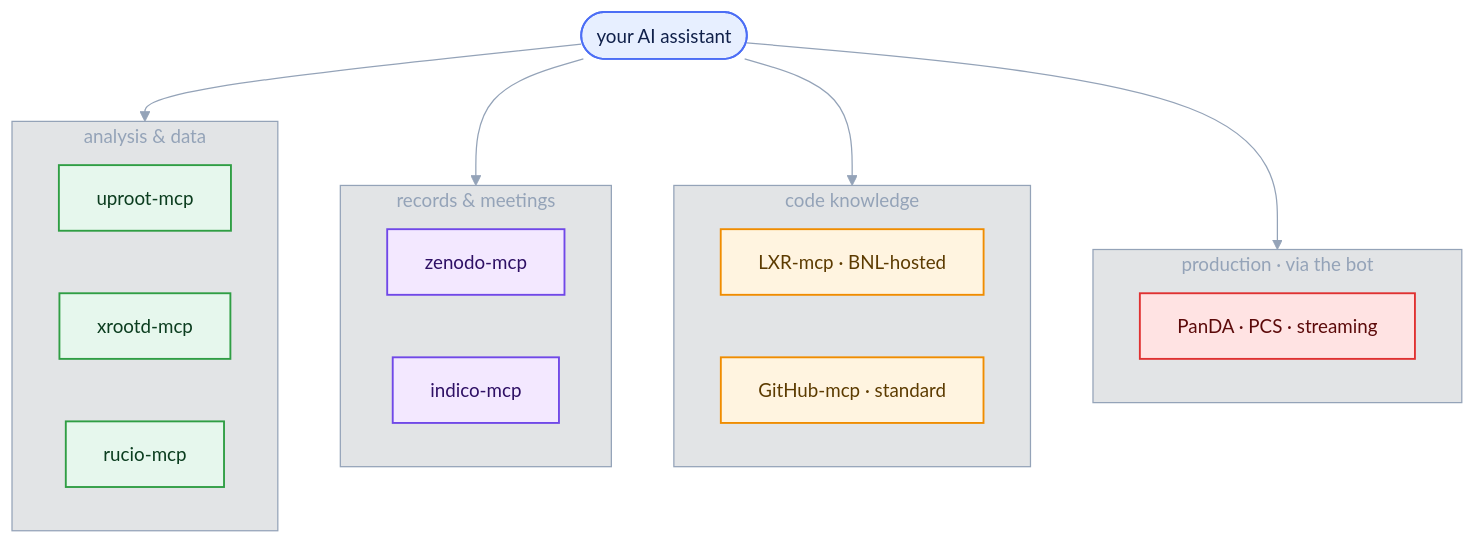
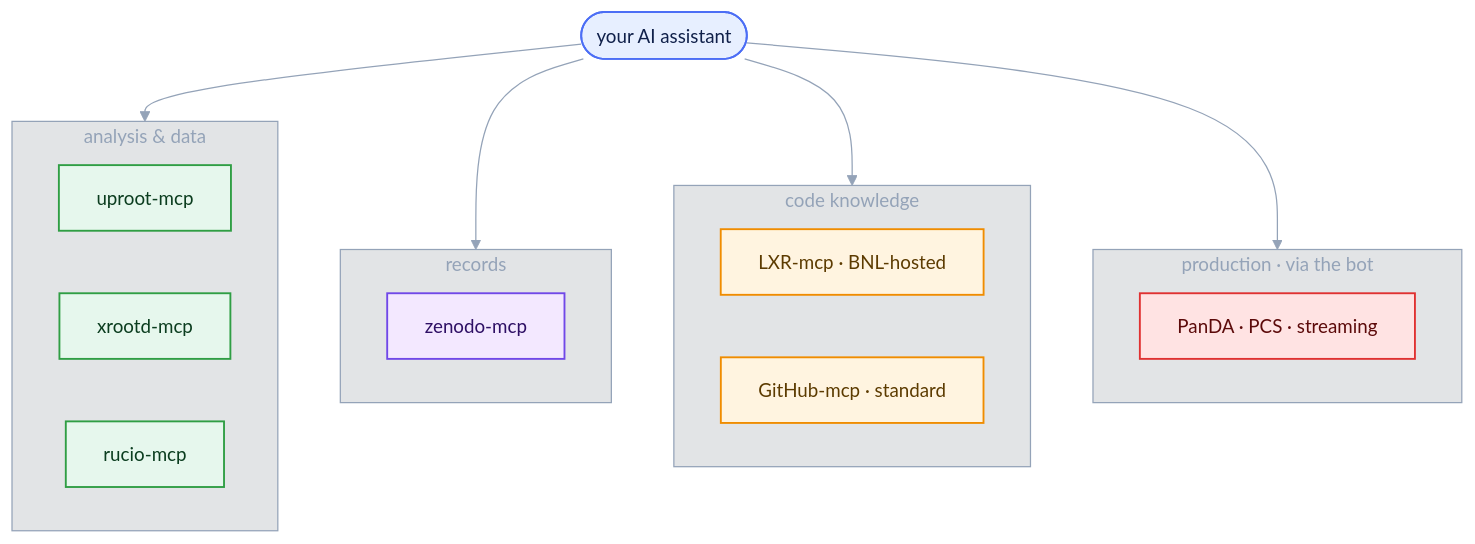
Before and after one commit to aprozo/tutorial-mcp: the diagram in 06-eic-mcp-servers.md, drawn with Mermaid. The commit also changed other lines of this file and 15 other files, not shown here.

````diff
--- a/06-eic-mcp-servers.md
+++ b/06-eic-mcp-servers.md
@@ -67,44 +65,42 @@
 ```mermaid
 %%{init: {'theme':'base', 'themeVariables': {'fontSize':'15px','lineColor':'#94a3b8','edgeLabelBackground':'#e2e8f0','clusterBkg':'#1f293720','clusterBorder':'#94a3b8','titleColor':'#94a3b8'}}}%%
 flowchart TB
-    accTitle: {EIC MCP server catalogue}
-    accDescr: {EIC MCP server catalogue}
+    accTitle: {EIC MCP server catalog}
+    accDescr: {EIC MCP server catalog}
     A(["your AI assistant"]):::core
     A --> DATA
     A --> REC
     A --> CODE
     A --> PROD
     subgraph DATA["analysis & data"]
         direction LR
         UP["uproot-mcp"]:::tool
         XR["xrootd-mcp"]:::tool
         RU["rucio-mcp"]:::tool
     end
-    subgraph REC["records & meetings"]
+    subgraph REC["records"]
         direction LR
         ZE["zenodo-mcp"]:::rec
-        IN["indico-mcp"]:::rec
     end
     subgraph CODE["code knowledge"]
         direction LR
         LX["LXR-mcp · BNL-hosted"]:::code
         GH["GitHub-mcp · standard"]:::code
     end
     subgraph PROD["production · via the bot"]
         direction LR
         PB["PanDA · PCS · streaming"]:::pkg
     end
     classDef core fill:#e7efff,stroke:#4c6ef5,stroke-width:1.5px,color:#10204a;
     classDef tool fill:#e6f7ed,stroke:#2f9e44,stroke-width:1.5px,color:#0b3d1f;
     classDef rec fill:#f3e8ff,stroke:#7048e8,stroke-width:1.5px,color:#2e1065;
     classDef code fill:#fff4e0,stroke:#f08c00,stroke-width:1.5px,color:#5c3b00;
     classDef pkg fill:#ffe3e3,stroke:#e03131,stroke-width:1.5px,color:#5c0a0a;
     click UP "https://github.com/eic/uproot-mcp-server" _blank
     click XR "https://github.com/eic/xrootd-mcp-server" _blank
     click RU "https://github.com/eic/rucio-eic-mcp-server" _blank
     click ZE "https://github.com/eic/zenodo-mcp-server" _blank
-    click IN "https://github.com/cohm/indico-mcp" _blank
     click LX "https://eic-code-browser.sdcc.bnl.gov/lxr/source" _blank
     click GH "https://github.com/github/github-mcp-server" _blank
     click PB "https://chat.epic-eic.org/main/channels/dispatcher" _blank
 ```
````
